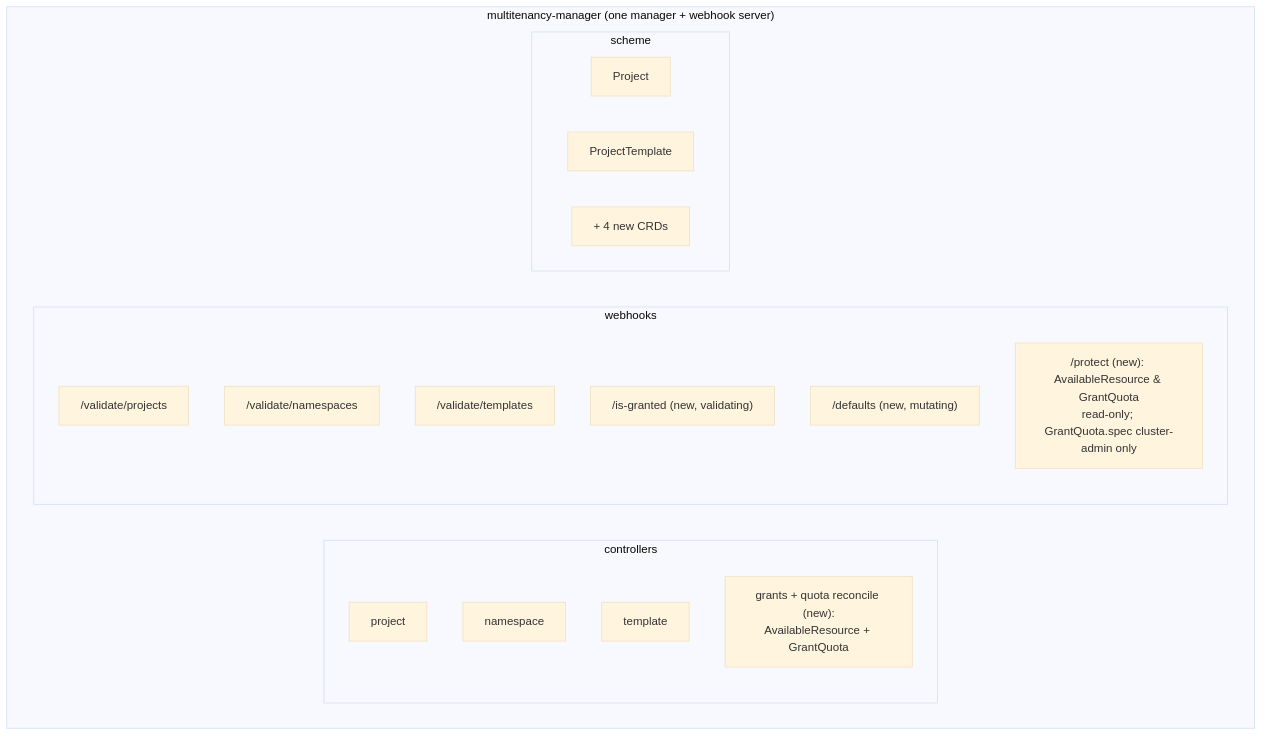
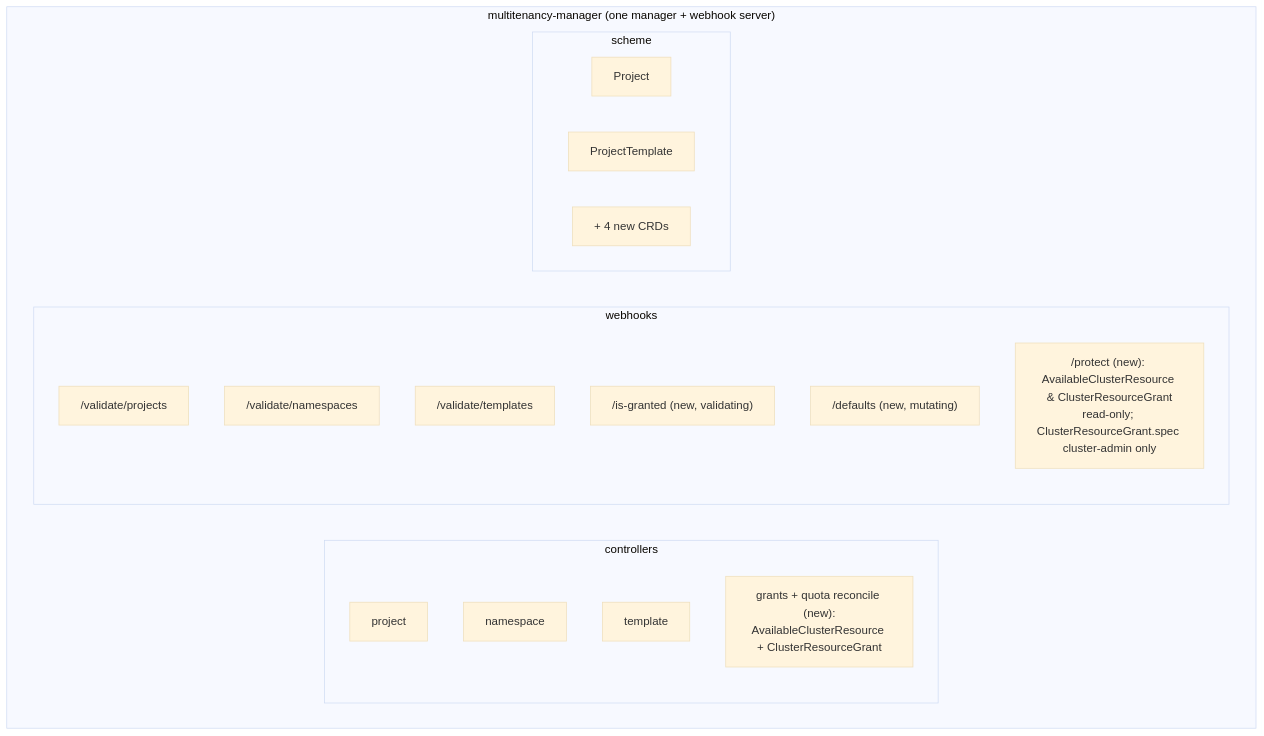
One commit to deckhouse/deckhouse changed the first of 4 diagrams in modules/160-multitenancy-manager/docs/internal/CLUSTER_OBJECT_GRANTS_DESIGN.md. Above: the diagram before and after it, drawn with Mermaid (base theme). The commit also changed other lines of this file and 45 other files, not shown here.

First line of the commit message:
[multitenancy-manager] rename CRDs to cluster-resource terminology

````diff
--- a/modules/160-multitenancy-manager/docs/internal/CLUSTER_OBJECT_GRANTS_DESIGN.md
+++ b/modules/160-multitenancy-manager/docs/internal/CLUSTER_OBJECT_GRANTS_DESIGN.md
@@ -68,25 +68,25 @@
 ```mermaid
 flowchart TB
   subgraph MM["multitenancy-manager (one manager + webhook server)"]
     subgraph CTRL["controllers"]
       C1[project]
       C2[namespace]
       C3[template]
-      C4["grants + quota reconcile (new):<br/>AvailableResource + GrantQuota"]
+      C4["grants + quota reconcile (new):<br/>AvailableClusterResource + ClusterResourceGrant"]
     end
     subgraph WH["webhooks"]
       W1["/validate/projects"]
       W2["/validate/namespaces"]
       W3["/validate/templates"]
       W4["/is-granted (new, validating)"]
       W5["/defaults (new, mutating)"]
-      W6["/protect (new): AvailableResource & GrantQuota<br/>read-only; GrantQuota.spec cluster-admin only"]
+      W6["/protect (new): AvailableClusterResource & ClusterResourceGrant<br/>read-only; ClusterResourceGrant.spec cluster-admin only"]
     end
     subgraph SCH["scheme"]
       direction LR
       S1[Project]
       S2[ProjectTemplate]
       S3["+ 4 new CRDs"]
     end
   end
 ```
````
